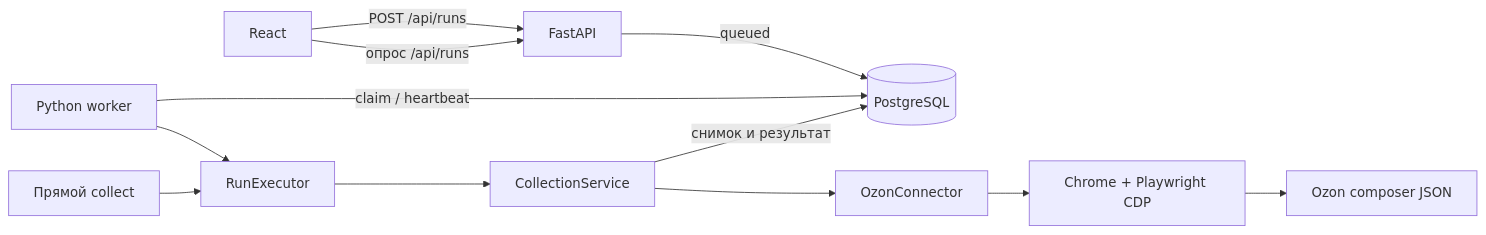
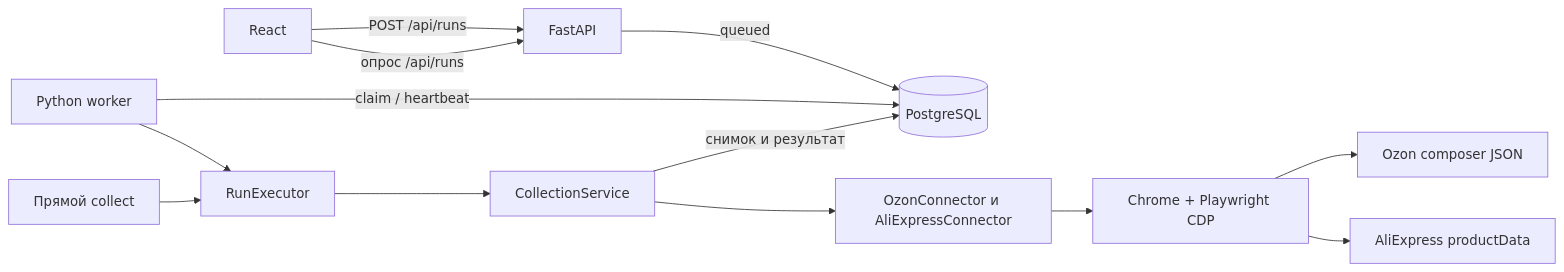
One commit to TheStorm13/price-watch changed the diagram in docs/architecture/overview.md. Above: the diagram before and after it, drawn with Mermaid. The commit also changed other lines of this file and 26 other files, not shown here.

Commit message:
docs: document and archive AliExpress connector

````diff
--- a/docs/architecture/overview.md
+++ b/docs/architecture/overview.md
@@ -38,14 +38,15 @@
 ```mermaid
 flowchart LR
     UI[React] -->|POST /api/runs| API[FastAPI]
     API -->|queued| DB[(PostgreSQL)]
     Worker[Python worker] -->|claim / heartbeat| DB
     Worker --> Runner[RunExecutor]
     CLI[Прямой collect] --> Runner
     Runner --> Service[CollectionService]
-    Service --> Connector[OzonConnector]
+    Service --> Connector[OzonConnector и AliExpressConnector]
     Connector --> Chrome[Chrome + Playwright CDP]
     Chrome --> Ozon[Ozon composer JSON]
+    Chrome --> Ali[AliExpress productData]
     Service -->|снимок и результат| DB
     UI -->|опрос /api/runs| API
 ```
````
